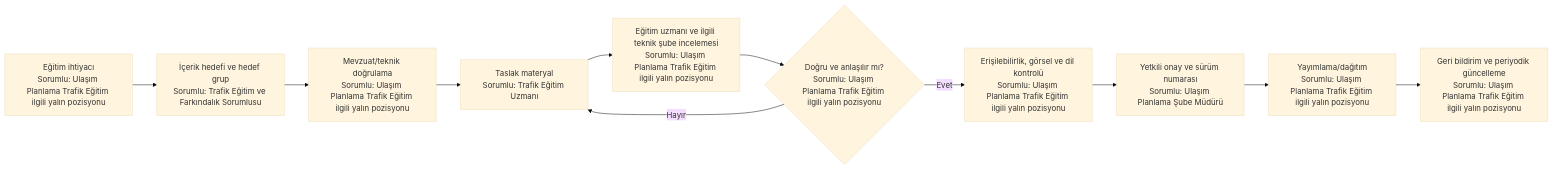
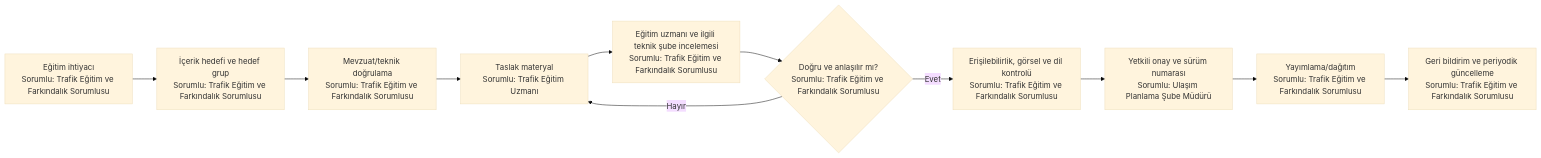
Before and after one commit to merdaergen-create/Ulasim_Dairesi_Is_Analizi: the third of 3 diagrams in 11_yalin_surec_haritalari_sorumlulari_belirtilmis/trafik_egitim/README.md, drawn with Mermaid (base theme). The commit also changed other lines of this file and 9 other files, not shown here.

Commit message:
Yalın süreç haritalarını koruyarak kesin sorumlu pozisyonları ekle

````diff
--- a/11_yalin_surec_haritalari_sorumlulari_belirtilmis/trafik_egitim/README.md
+++ b/11_yalin_surec_haritalari_sorumlulari_belirtilmis/trafik_egitim/README.md
@@ -71,13 +71,13 @@
 ```mermaid
 flowchart LR
-    A[Eğitim ihtiyacı<br/>Sorumlu: Ulaşım Planlama Trafik Eğitim ilgili yalın pozisyonu] --> B[İçerik hedefi ve hedef grup<br/>Sorumlu: Trafik Eğitim ve Farkındalık Sorumlusu]
-    B --> C[Mevzuat/teknik doğrulama<br/>Sorumlu: Ulaşım Planlama Trafik Eğitim ilgili yalın pozisyonu]
+    A[Eğitim ihtiyacı<br/>Sorumlu: Trafik Eğitim ve Farkındalık Sorumlusu] --> B[İçerik hedefi ve hedef grup<br/>Sorumlu: Trafik Eğitim ve Farkındalık Sorumlusu]
+    B --> C[Mevzuat/teknik doğrulama<br/>Sorumlu: Trafik Eğitim ve Farkındalık Sorumlusu]
     C --> D[Taslak materyal<br/>Sorumlu: Trafik Eğitim Uzmanı]
-    D --> E[Eğitim uzmanı ve ilgili teknik şube incelemesi<br/>Sorumlu: Ulaşım Planlama Trafik Eğitim ilgili yalın pozisyonu]
-    E --> F{Doğru ve anlaşılır mı?<br/>Sorumlu: Ulaşım Planlama Trafik Eğitim ilgili yalın pozisyonu}
+    D --> E[Eğitim uzmanı ve ilgili teknik şube incelemesi<br/>Sorumlu: Trafik Eğitim ve Farkındalık Sorumlusu]
+    E --> F{Doğru ve anlaşılır mı?<br/>Sorumlu: Trafik Eğitim ve Farkındalık Sorumlusu}
     F -- Hayır --> D
-    F -- Evet --> G[Erişilebilirlik, görsel ve dil kontrolü<br/>Sorumlu: Ulaşım Planlama Trafik Eğitim ilgili yalın pozisyonu]
+    F -- Evet --> G[Erişilebilirlik, görsel ve dil kontrolü<br/>Sorumlu: Trafik Eğitim ve Farkındalık Sorumlusu]
     G --> H[Yetkili onay ve sürüm numarası<br/>Sorumlu: Ulaşım Planlama Şube Müdürü]
-    H --> I[Yayımlama/dağıtım<br/>Sorumlu: Ulaşım Planlama Trafik Eğitim ilgili yalın pozisyonu]
-    I --> J[Geri bildirim ve periyodik güncelleme<br/>Sorumlu: Ulaşım Planlama Trafik Eğitim ilgili yalın pozisyonu]
+    H --> I[Yayımlama/dağıtım<br/>Sorumlu: Trafik Eğitim ve Farkındalık Sorumlusu]
+    I --> J[Geri bildirim ve periyodik güncelleme<br/>Sorumlu: Trafik Eğitim ve Farkındalık Sorumlusu]
 ```
````
